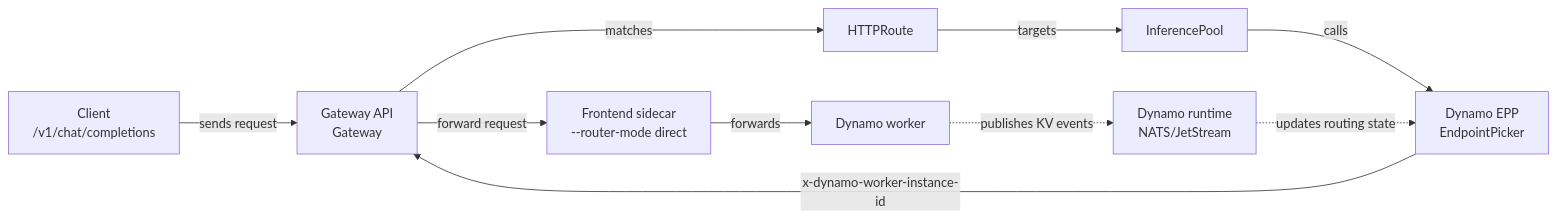
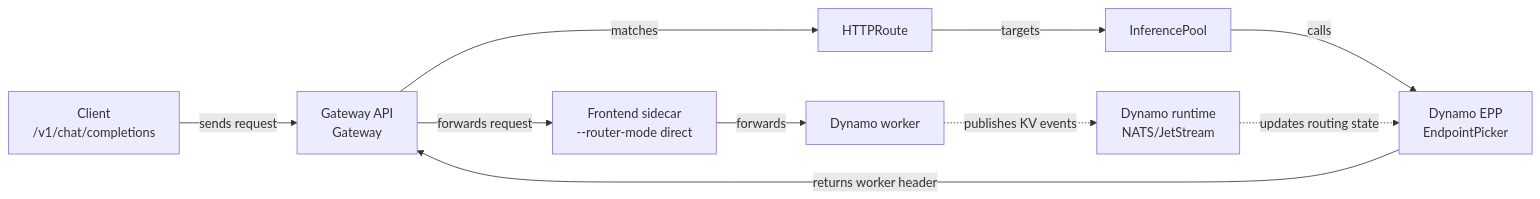
Before and after one commit to Nicoh25/dynamo: the first of 3 diagrams in docs/kubernetes/gateway-api/README.mdx, drawn with Mermaid. The commit also changed other lines of this file, not shown here.

````diff
--- a/docs/kubernetes/gateway-api/README.mdx
+++ b/docs/kubernetes/gateway-api/README.mdx
@@ -70,12 +70,12 @@
 ```mermaid
 flowchart LR
     Client["Client<br/>/v1/chat/completions"] -->|"sends request"| Gateway["Gateway API<br/>Gateway"]
     Gateway -->|"matches"| Route["HTTPRoute"]
     Route -->|"targets"| Pool["InferencePool"]
     Pool -->|"calls"| EPP["Dynamo EPP<br/>EndpointPicker"]
-    EPP -->|"x-dynamo-worker-instance-id"| Gateway
-    Gateway -->|"forward request"| Sidecar["Frontend sidecar<br/>--router-mode direct"]
+    EPP -->|"returns worker header"| Gateway
+    Gateway -->|"forwards request"| Sidecar["Frontend sidecar<br/>--router-mode direct"]
     Sidecar -->|"forwards"| Worker["Dynamo worker"]
     Worker -. "publishes KV events" .-> Runtime["Dynamo runtime<br/>NATS/JetStream"]
     Runtime -. "updates routing state" .-> EPP
 ```
````
